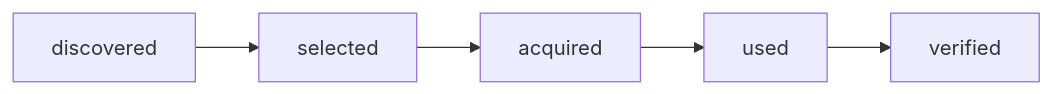
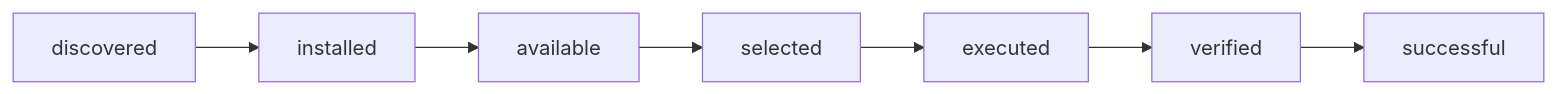
Before and after one commit to mahik504/orchestra-workflow: the diagram in docs/diagrams/03-resource-lifecycle.md, drawn with Mermaid. The commit also changed other lines of this file and 89 other files, not shown here.

````diff
--- a/docs/diagrams/03-resource-lifecycle.md
+++ b/docs/diagrams/03-resource-lifecycle.md
@@ -3,9 +3,11 @@
 ```mermaid
 flowchart LR
   d[discovered]
+  i[installed]
+  a[available]
   s[selected]
-  a[acquired]
-  u[used]
+  e[executed]
   v[verified]
-  d --> s --> a --> u --> v
+  ok[successful]
+  d --> i --> a --> s --> e --> v --> ok
 ```
````
